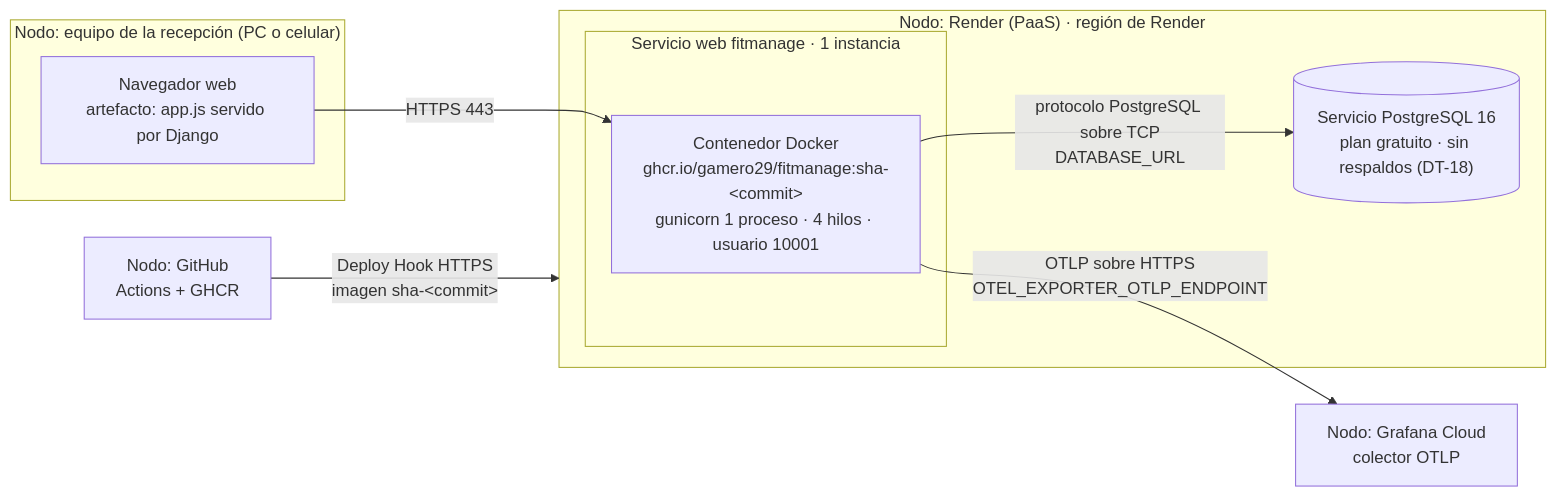
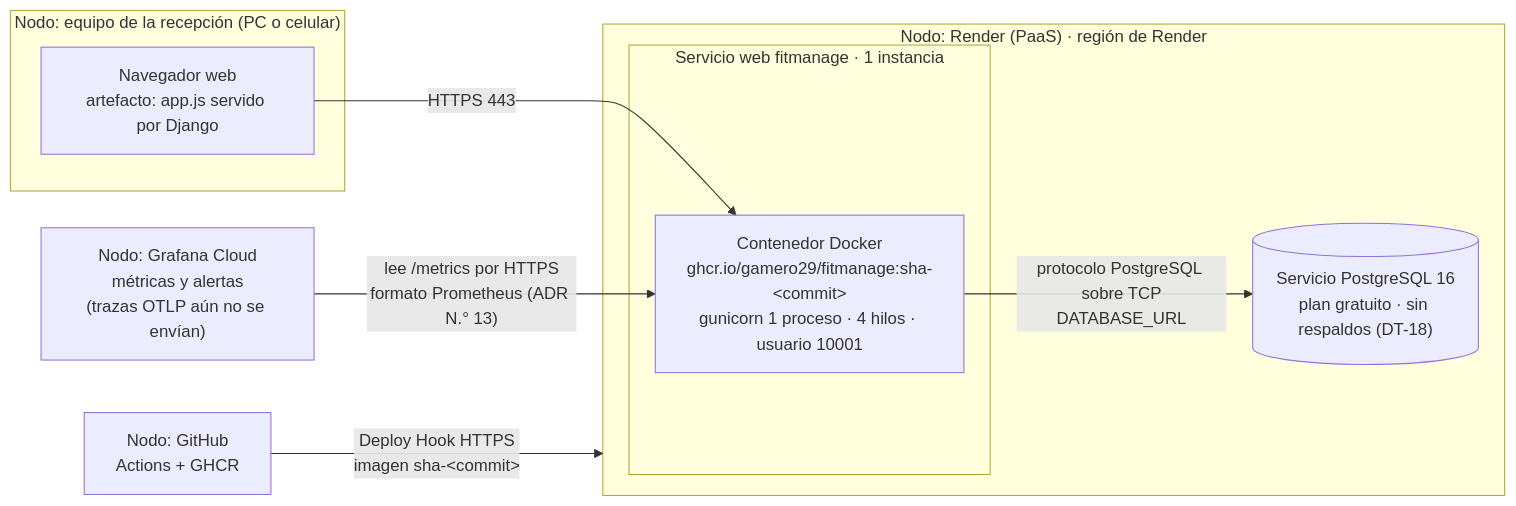
Before and after one commit to GAMERO29/FitManage: the diagram in docs/sw3/g02/vista_fisica.mmd, drawn with Mermaid. The commit also changed 4 other files, not shown here.

```diff
--- a/docs/sw3/g02/vista_fisica.mmd
+++ b/docs/sw3/g02/vista_fisica.mmd
@@ -1,16 +1,16 @@
 flowchart LR
   subgraph equipo["Nodo: equipo de la recepción (PC o celular)"]
     nav["Navegador web<br/>artefacto: app.js servido por Django"]
   end
   subgraph render["Nodo: Render (PaaS) · región de Render"]
     subgraph svc["Servicio web fitmanage · 1 instancia"]
       cont["Contenedor Docker<br/>ghcr.io/gamero29/fitmanage:sha-&lt;commit&gt;<br/>gunicorn 1 proceso · 4 hilos · usuario 10001"]
     end
     pg[("Servicio PostgreSQL 16<br/>plan gratuito · sin respaldos (DT-18)")]
   end
   gh["Nodo: GitHub<br/>Actions + GHCR"]
-  graf["Nodo: Grafana Cloud<br/>colector OTLP"]
+  graf["Nodo: Grafana Cloud<br/>métricas y alertas<br/>(trazas OTLP aún no se envían)"]
   nav -- "HTTPS 443" --> cont
   cont -- "protocolo PostgreSQL sobre TCP<br/>DATABASE_URL" --> pg
-  cont -- "OTLP sobre HTTPS<br/>OTEL_EXPORTER_OTLP_ENDPOINT" --> graf
+  graf -- "lee /metrics por HTTPS<br/>formato Prometheus (ADR N.° 13)" --> cont
   gh -- "Deploy Hook HTTPS<br/>imagen sha-&lt;commit&gt;" --> render
```
